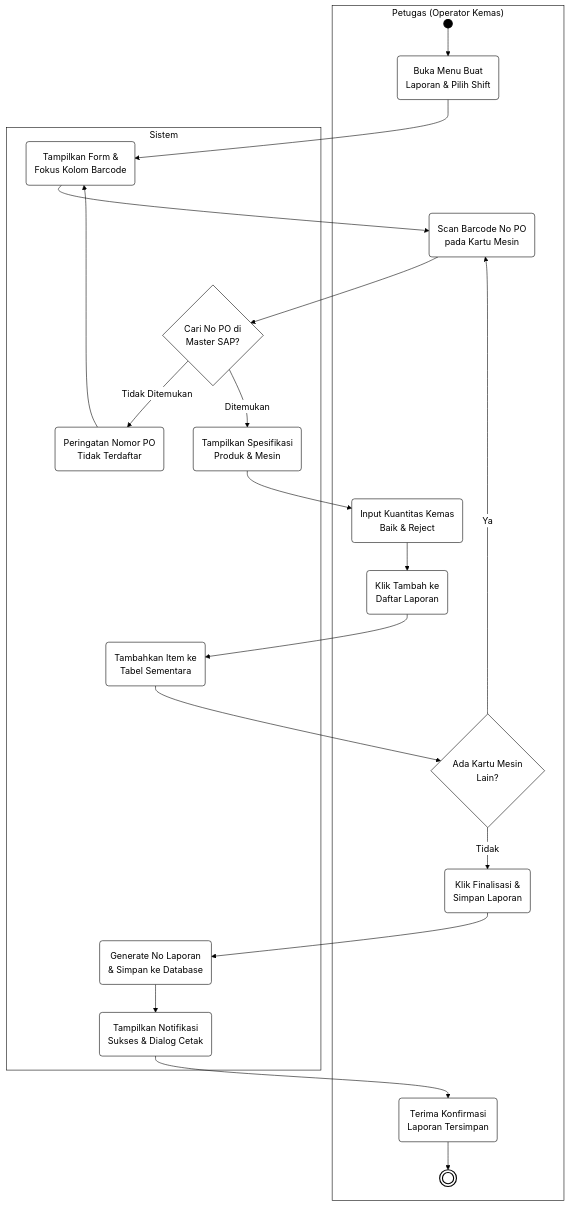
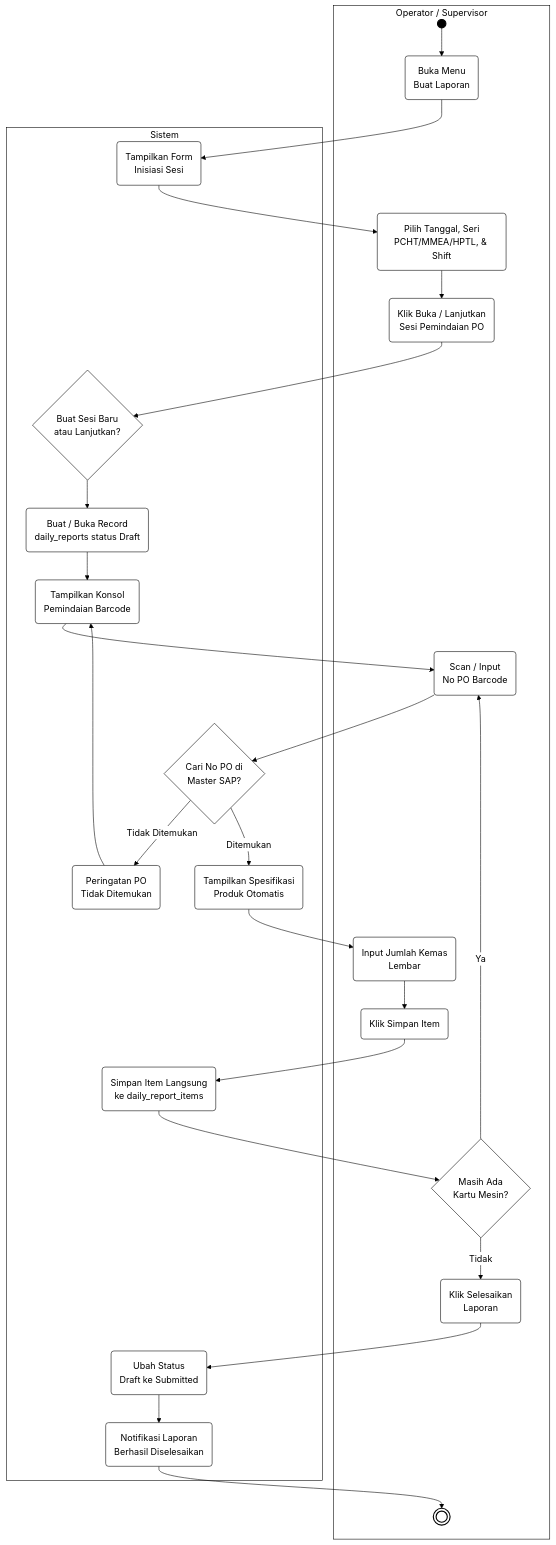
One commit to ZulfikarHD/scan-produksi changed the seventh of 11 diagrams in docs/BAB_III_Draft.md. Above: the diagram before and after it, drawn with Mermaid. The commit also changed other lines of this file, not shown here.

First line of the commit message:
feat(docs): update functional requirements and use case diagrams for operators and supervisors

````diff
--- a/docs/BAB_III_Draft.md
+++ b/docs/BAB_III_Draft.md
@@ -508,46 +559,54 @@
 ```mermaid
 %%{init: {'theme': 'base', 'themeVariables': { 'primaryColor': '#ffffff', 'primaryBorderColor': '#000000', 'primaryTextColor': '#000000', 'lineColor': '#000000', 'textColor': '#000000', 'clusterBkg': '#ffffff', 'clusterBorder': '#000000', 'edgeLabelBackground':'#ffffff' }}}%%
 flowchart TD
-    subgraph Petugas ["Petugas (Operator Kemas)"]
+    subgraph Operator ["Operator / Supervisor"]
         P_Start(( ))
-        P_Buka(Buka Menu Buat<br/>Laporan & Pilih Shift)
-        P_Scan(Scan Barcode No PO<br/>pada Kartu Mesin)
-        P_Input(Input Kuantitas Kemas<br/>Baik & Reject)
-        P_Tambah(Klik Tambah ke<br/>Daftar Laporan)
-        P_Cek{Ada Kartu Mesin<br/>Lain?}
-        P_Simpan(Klik Finalisasi &<br/>Simpan Laporan)
-        P_Lihat(Terima Konfirmasi<br/>Laporan Tersimpan)
+        P_Buka(Buka Menu<br/>Buat Laporan)
+        P_Pilih(Pilih Tanggal, Seri<br/>PCHT/MMEA/HPTL, & Shift)
+        P_Launch(Klik Buka / Lanjutkan<br/>Sesi Pemindaian PO)
+        P_Scan(Scan / Input<br/>No PO Barcode)
+        P_Qty(Input Jumlah Kemas<br/>Lembar)
+        P_SimpanItem(Klik Simpan Item)
+        P_Cek{Masih Ada<br/>Kartu Mesin?}
+        P_Selesai(Klik Selesaikan<br/>Laporan)
         P_End((( )))
     end
 
     subgraph Sistem ["Sistem"]
-        S_Form(Tampilkan Form &<br/>Fokus Kolom Barcode)
+        S_Form(Tampilkan Form<br/>Inisiasi Sesi)
+        S_BuatSesi{Buat Sesi Baru<br/>atau Lanjutkan?}
+        S_Record(Buat / Buka Record<br/>daily_reports status Draft)
+        S_Konsol(Tampilkan Konsol<br/>Pemindaian Barcode)
         S_Cari{Cari No PO di<br/>Master SAP?}
-        S_Err(Peringatan Nomor PO<br/>Tidak Terdaftar)
-        S_Info(Tampilkan Spesifikasi<br/>Produk & Mesin)
-        S_Stage(Tambahkan Item ke<br/>Tabel Sementara)
-        S_Save(Generate No Laporan<br/>& Simpan ke Database)
-        S_Notif(Tampilkan Notifikasi<br/>Sukses & Dialog Cetak)
+        S_Err(Peringatan PO<br/>Tidak Ditemukan)
+        S_Info(Tampilkan Spesifikasi<br/>Produk Otomatis)
+        S_Item(Simpan Item Langsung<br/>ke daily_report_items)
+        S_Final(Ubah Status<br/>Draft ke Submitted)
+        S_Notif(Notifikasi Laporan<br/>Berhasil Diselesaikan)
     end
 
     P_Start --> P_Buka
     P_Buka --> S_Form
-    S_Form --> P_Scan
+    S_Form --> P_Pilih
+    P_Pilih --> P_Launch
+    P_Launch --> S_BuatSesi
+    S_BuatSesi --> S_Record
+    S_Record --> S_Konsol
+    S_Konsol --> P_Scan
     P_Scan --> S_Cari
     S_Cari -- Tidak Ditemukan --> S_Err
-    S_Err --> S_Form
+    S_Err --> S_Konsol
     S_Cari -- Ditemukan --> S_Info
-    S_Info --> P_Input
-    P_Input --> P_Tambah
-    P_Tambah --> S_Stage
-    S_Stage --> P_Cek
+    S_Info --> P_Qty
+    P_Qty --> P_SimpanItem
+    P_SimpanItem --> S_Item
+    S_Item --> P_Cek
     P_Cek -- Ya --> P_Scan
-    P_Cek -- Tidak --> P_Simpan
-    P_Simpan --> S_Save
-    S_Save --> S_Notif
-    S_Notif --> P_Lihat
-    P_Lihat --> P_End
+    P_Cek -- Tidak --> P_Selesai
+    P_Selesai --> S_Final
+    S_Final --> S_Notif
+    S_Notif --> P_End
 
     style P_Start fill:#000000,stroke:#000000,stroke-width:2px;
     style P_End fill:#ffffff,stroke:#000000,stroke-width:2px;
 ```
````
